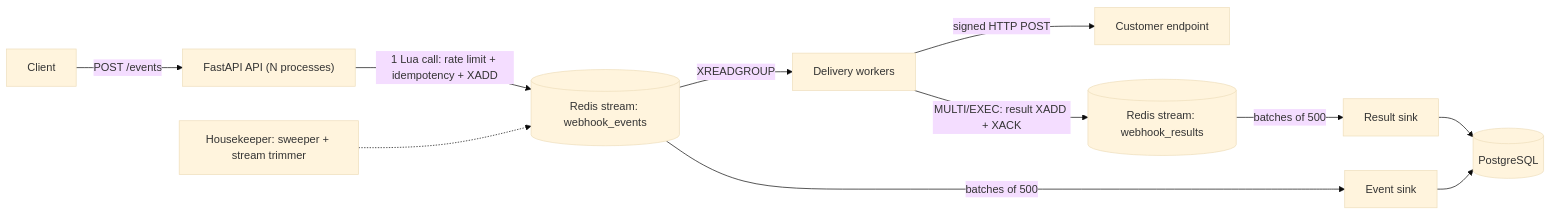
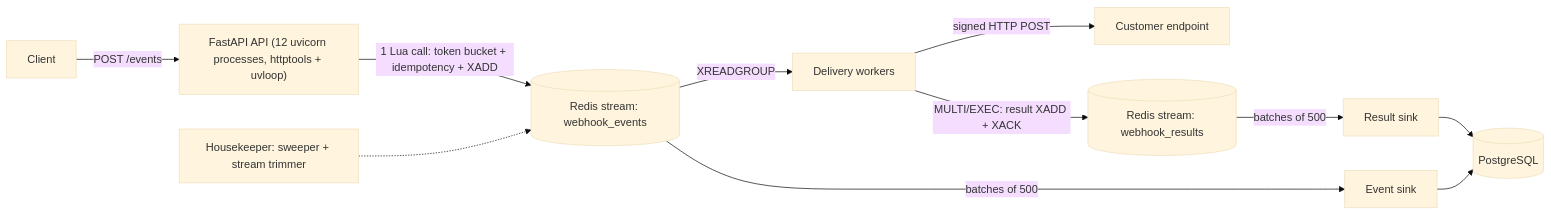
The diagram in README.md (NIKHIL-evan/Webhook-Delivery-Platform), drawn with Mermaid (base theme) before and after one commit. The commit also changed other lines of this file, not shown here.

````diff
--- a/README.md
+++ b/README.md
@@ -37,13 +47,13 @@
 ```mermaid
 flowchart LR
-    C["Client"] -->|"POST /events"| API["FastAPI API (N processes)"]
-    API -->|"1 Lua call: rate limit + idempotency + XADD"| S[("Redis stream: webhook_events")]
+    C["Client"] -->|"POST /events"| API["FastAPI API (12 uvicorn processes, httptools + uvloop)"]
+    API -->|"1 Lua call: token bucket + idempotency + XADD"| S[("Redis stream: webhook_events")]
     S -->|"XREADGROUP"| W["Delivery workers"]
     W -->|"signed HTTP POST"| D["Customer endpoint"]
     W -->|"MULTI/EXEC: result XADD + XACK"| R[("Redis stream: webhook_results")]
     S -->|"batches of 500"| ES["Event sink"]
     R -->|"batches of 500"| RS["Result sink"]
     ES --> PG[("PostgreSQL")]
     RS --> PG
     H["Housekeeper: sweeper + stream trimmer"] -.-> S
 ```
````
